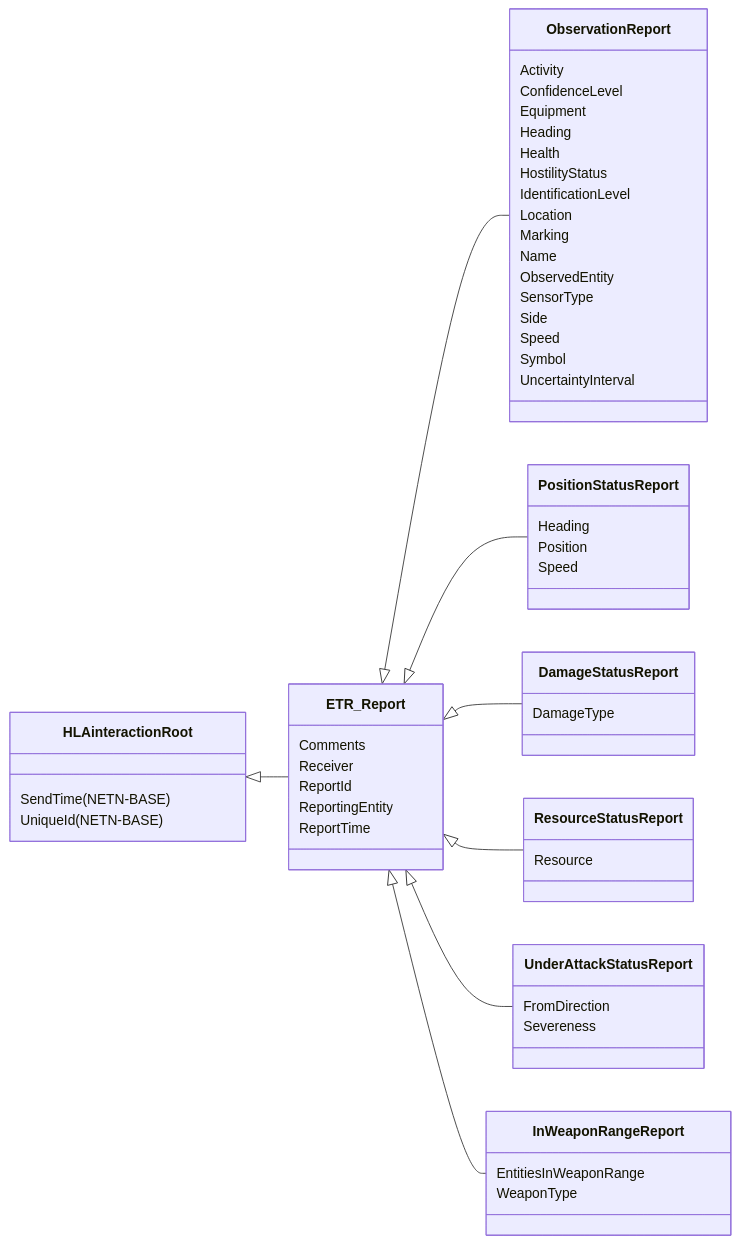
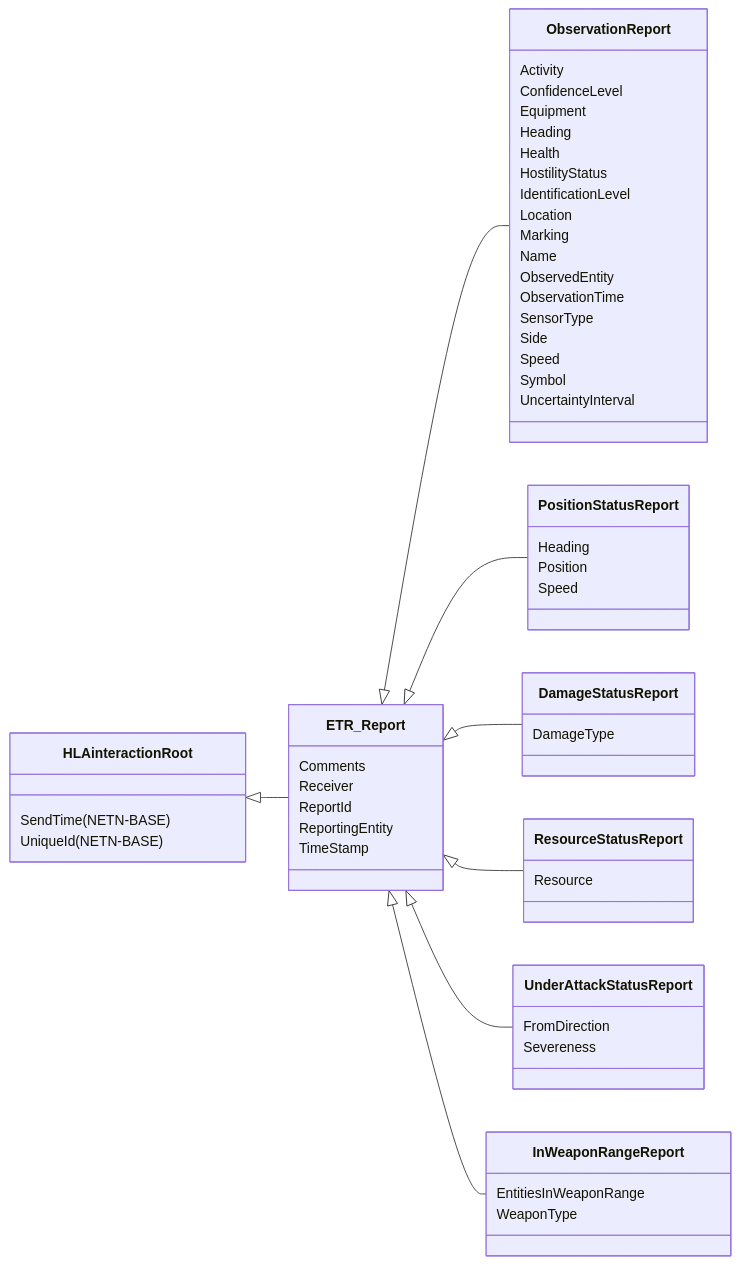
The fifth of 8 diagrams in NETN-ETR.md (AMSP-04/NETN-ETR), drawn with Mermaid before and after one commit. The commit also changed other lines of this file and 2 other files, not shown here.

Commit message:
ObservationTime added

````diff
--- a/NETN-ETR.md
+++ b/NETN-ETR.md
@@ -180,48 +180,49 @@
 ```mermaid 
 classDiagram 
 direction LR 
  
  
 HLAinteractionRoot <|-- ETR_Report 
  
  
 HLAinteractionRoot : SendTime(NETN-BASE) 
 HLAinteractionRoot : UniqueId(NETN-BASE) 
  
 ETR_Report <|-- ObservationReport 
 ETR_Report <|-- PositionStatusReport 
 ETR_Report <|-- DamageStatusReport 
 ETR_Report <|-- ResourceStatusReport 
 ETR_Report <|-- UnderAttackStatusReport 
 ETR_Report <|-- InWeaponRangeReport 
 ETR_Report : Comments 
 ETR_Report : Receiver 
 ETR_Report : ReportId 
 ETR_Report : ReportingEntity 
-ETR_Report : ReportTime 
+ETR_Report : TimeStamp
 ObservationReport : Activity 
 ObservationReport : ConfidenceLevel 
 ObservationReport : Equipment 
 ObservationReport : Heading 
 ObservationReport : Health 
 ObservationReport : HostilityStatus 
 ObservationReport : IdentificationLevel 
 ObservationReport : Location 
 ObservationReport : Marking 
 ObservationReport : Name 
 ObservationReport : ObservedEntity 
+ObservationReport : ObservationTime
 ObservationReport : SensorType 
 ObservationReport : Side 
 ObservationReport : Speed 
 ObservationReport : Symbol 
 ObservationReport : UncertaintyInterval 
 PositionStatusReport : Heading 
 PositionStatusReport : Position 
 PositionStatusReport : Speed 
 DamageStatusReport : DamageType 
 ResourceStatusReport : Resource 
 UnderAttackStatusReport : FromDirection 
 UnderAttackStatusReport : Severeness 
 InWeaponRangeReport : EntitiesInWeaponRange 
 InWeaponRangeReport : WeaponType 
 ```
````
